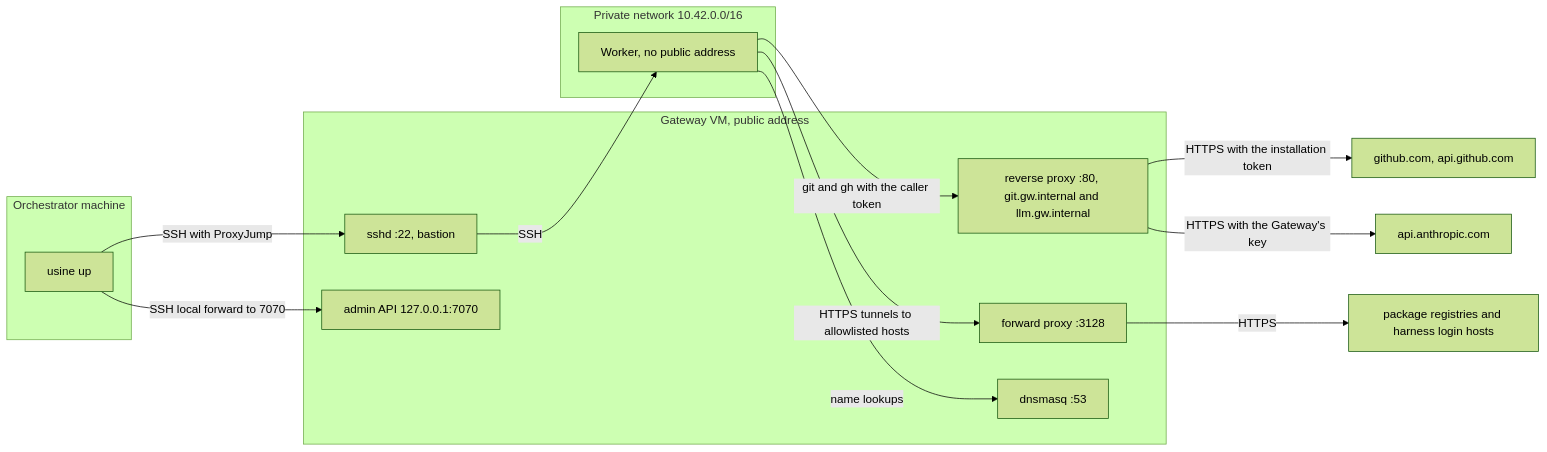
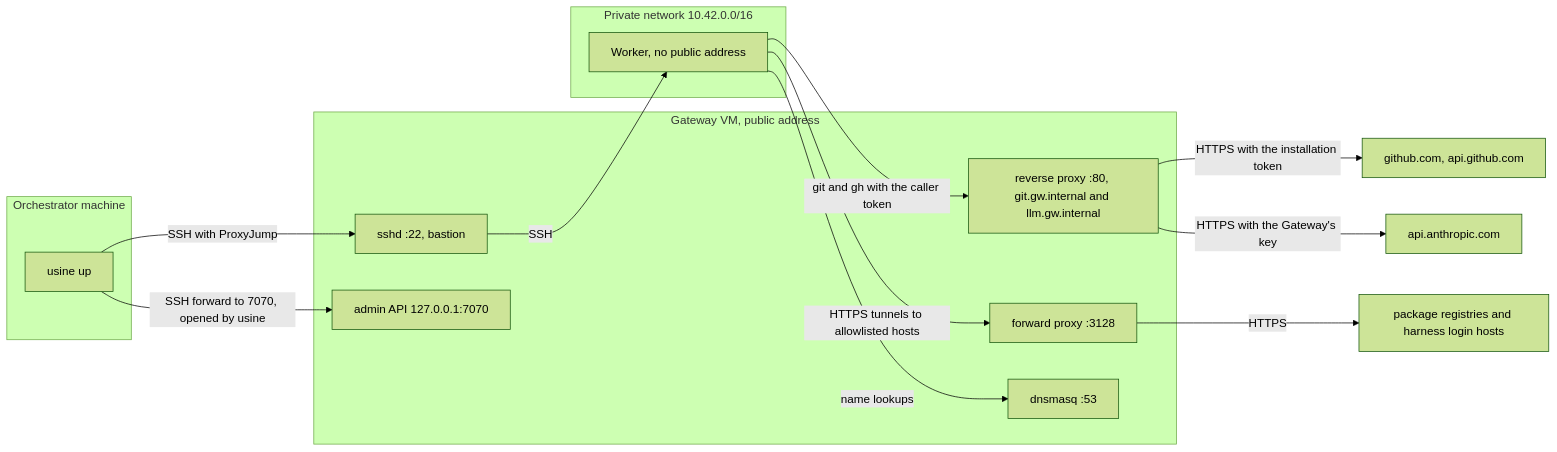
The diagram in apps/docs/src/content/docs/guides/add-a-worker.mdx (basaltbytes/usine), drawn with Mermaid (forest theme) before and after one commit. The commit also changed other lines of this file and 24 other files, not shown here.

First line of the commit message:
Open and keep the forward to a Gateway's admin API in the executor

````diff
--- a/apps/docs/src/content/docs/guides/add-a-worker.mdx
+++ b/apps/docs/src/content/docs/guides/add-a-worker.mdx
@@ -126,25 +126,25 @@
 ```mermaid
 flowchart LR
   subgraph orch["Orchestrator machine"]
     O["usine up"]
   end
   subgraph gw["Gateway VM, public address"]
     SSHD["sshd :22, bastion"]
     ADMIN["admin API 127.0.0.1:7070"]
     RP["reverse proxy :80, git.gw.internal and llm.gw.internal"]
     FP["forward proxy :3128"]
     DNS["dnsmasq :53"]
   end
   subgraph net["Private network 10.42.0.0/16"]
     W["Worker, no public address"]
   end
   O -->|"SSH with ProxyJump"| SSHD
   SSHD -->|SSH| W
-  O -->|"SSH local forward to 7070"| ADMIN
+  O -->|"SSH forward to 7070, opened by usine"| ADMIN
   W -->|"git and gh with the caller token"| RP
   W -->|"HTTPS tunnels to allowlisted hosts"| FP
   W -->|"name lookups"| DNS
   RP -->|"HTTPS with the installation token"| GH["github.com, api.github.com"]
   RP -->|"HTTPS with the Gateway's key"| LLM["api.anthropic.com"]
   FP -->|HTTPS| EXT["package registries and harness login hosts"]
 ```
````
